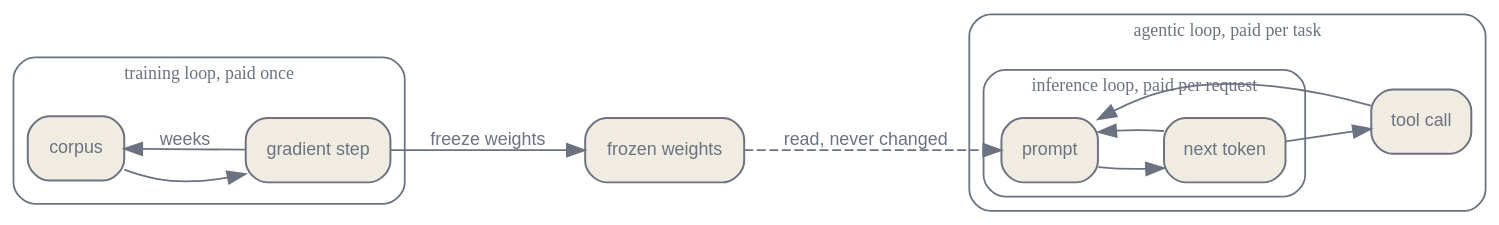
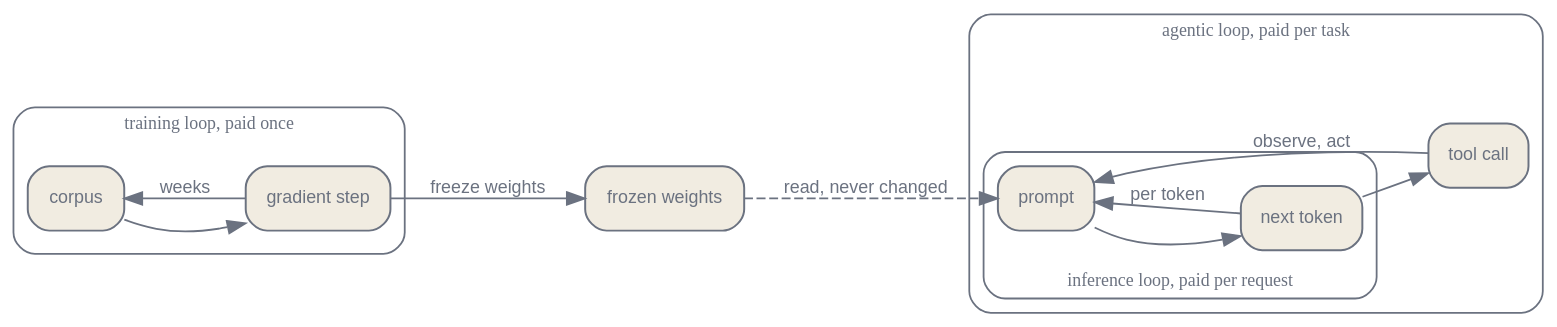
One commit to latere-ai/ai-as-an-infrastructure changed the second of 3 diagrams in en/orientation/01-whole-stack.qmd. Above: the diagram before and after it, drawn with Graphviz. The commit also changed 1 other file, not shown here.

Commit message:
orientation: keep nested-loop labels clear of the inference cluster title

````diff
--- a/en/orientation/01-whole-stack.qmd
+++ b/en/orientation/01-whole-stack.qmd
@@ -162,34 +162,34 @@
 ```{dot}
 //| label: fig-whole-stack-loops
 //| fig-cap: "The three nested loops. The training loop runs once and freezes weights. Each inference loop reads those frozen weights and is paid per request. The agentic loop wraps many inference loops per task. Cost is paid at the cadence each loop runs."
 digraph {
   bgcolor="transparent";
   rankdir=LR;
   nodesep=0.4; ranksep=0.5;
   node [shape=box, style="rounded,filled", fontname="Helvetica", fontsize=10, color="#6b7280", fontcolor="#6b7280", fillcolor="#f1ece1", penwidth=1.1];
   edge [fontsize=10, fontname="Helvetica", color="#6b7280", fontcolor="#6b7280"];
   subgraph cluster_TR {
     label="training loop, paid once"; style=rounded; color="#6b7280"; fontcolor="#6b7280"; fontsize=10;
     corpus [label="corpus"];
     grad [label="gradient step"];
     corpus -> grad;
     grad -> corpus [label="weeks"];
   }
   W [label="frozen weights"];
   subgraph cluster_AG {
     label="agentic loop, paid per task"; style=rounded; color="#6b7280"; fontcolor="#6b7280"; fontsize=10;
     subgraph cluster_INF {
-      label="inference loop, paid per request"; style=rounded; color="#6b7280"; fontcolor="#6b7280"; fontsize=10;
+      label="inference loop, paid per request"; labelloc="b"; style=rounded; color="#6b7280"; fontcolor="#6b7280"; fontsize=10;
       prompt [label="prompt"];
       tok [label="next token"];
       prompt -> tok;
-      tok -> prompt;
+      tok -> prompt [label="per token"];
     }
     tool [label="tool call"];
     tok -> tool;
-    tool -> prompt;
+    tool -> prompt [label="observe, act"];
   }
   grad -> W [label="freeze weights"];
   W -> prompt [style=dashed, label="read, never changed"];
 }
 ```
````
